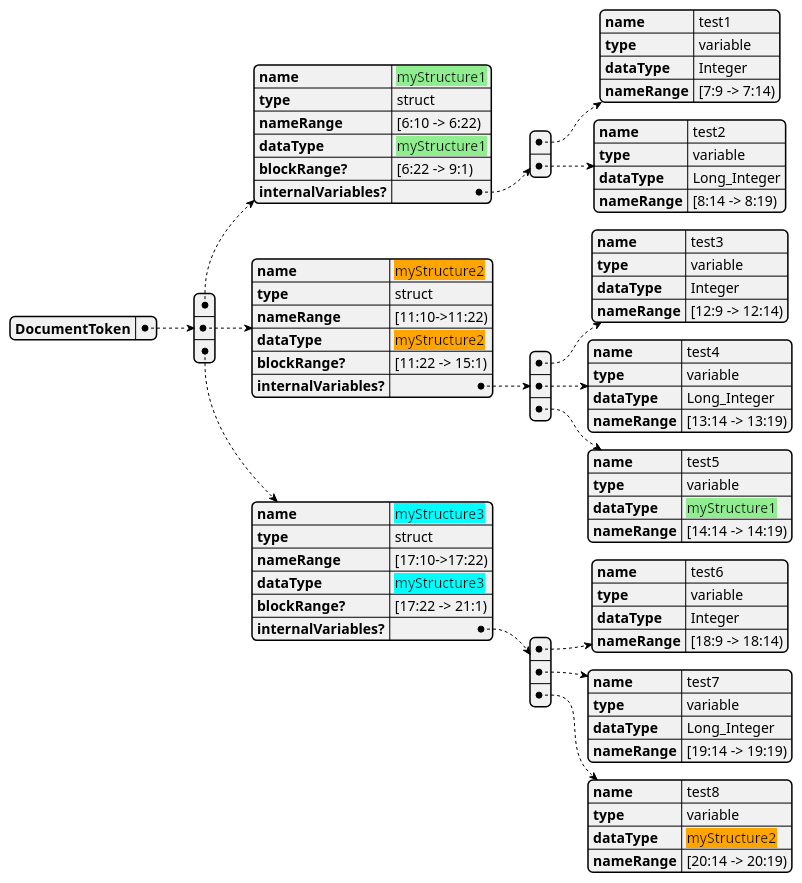
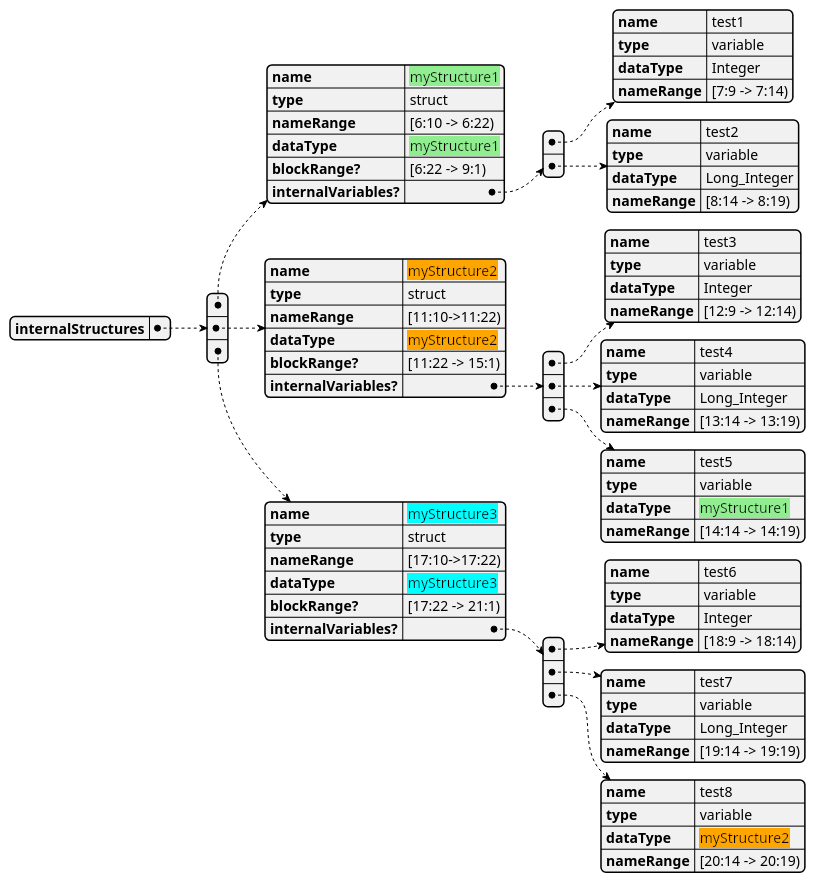
The second of 4 diagrams in UML/AutoComplete/StructureTokenTraversal.puml (alvaroyurrita/vscode-crestron-splus), drawn with PlantUML before and after one commit. The commit also changed other lines of this file and 5 other files, not shown here.

```diff
--- a/UML/AutoComplete/StructureTokenTraversal.puml
+++ b/UML/AutoComplete/StructureTokenTraversal.puml
@@ -22,88 +22,88 @@
 @startjson StructureExample
 {
-    "DocumentToken":[
+    "internalStructures":[
     {
         "name": "<back:lightgreen>myStructure1",
         "type": "struct",
         "nameRange": "[6:10 -> 6:22)",
         "dataType": "<back:lightgreen>myStructure1",
         "blockRange?": "[6:22 -> 9:1)",
         "internalVariables?":  [
         {
             "name": "test1",
             "type": "variable",
             "dataType": "Integer",
             "nameRange": "[7:9 -> 7:14)"
         }
         ,
         {
             "name": "test2",
             "type": "variable",
             "dataType": "Long_Integer",
             "nameRange": "[8:14 -> 8:19)"
         }
         ]
     }
     ,
     {
         "name": "<back:orange>myStructure2",
         "type": "struct",
         "nameRange": "[11:10->11:22)",
         "dataType": "<back:orange>myStructure2",
         "blockRange?": "[11:22 -> 15:1)",
         "internalVariables?":  [
         {
             "name": "test3",
             "type": "variable",
             "dataType": "Integer",
             "nameRange": "[12:9 -> 12:14)"
         }
         ,
         {
             "name": "test4",
             "type": "variable",
             "dataType": "Long_Integer",
             "nameRange": "[13:14 -> 13:19)"
         }
         ,
         {
             "name": "test5",
             "type": "variable",
             "dataType": "<back:lightgreen>myStructure1",
             "nameRange": "[14:14 -> 14:19)"
         }
         ]
     }
     ,
     {
         "name": "<back:cyan>myStructure3",
         "type": "struct",
         "nameRange": "[17:10->17:22)",
         "dataType": "<back:cyan>myStructure3",
         "blockRange?": "[17:22 -> 21:1)",
         "internalVariables?":  [
         {
             "name": "test6",
             "type": "variable",
             "dataType": "Integer",
             "nameRange": "[18:9 -> 18:14)"
         }
         ,
         {
             "name": "test7",
             "type": "variable",
             "dataType": "Long_Integer",
             "nameRange": "[19:14 -> 19:19)"
         }
         ,
         {
             "name": "test8",
             "type": "variable",
             "dataType": "<back:orange>myStructure2",
             "nameRange": "[20:14 -> 20:19)"
         }
         ]
     }
     ]
 }
 @endjson
```
